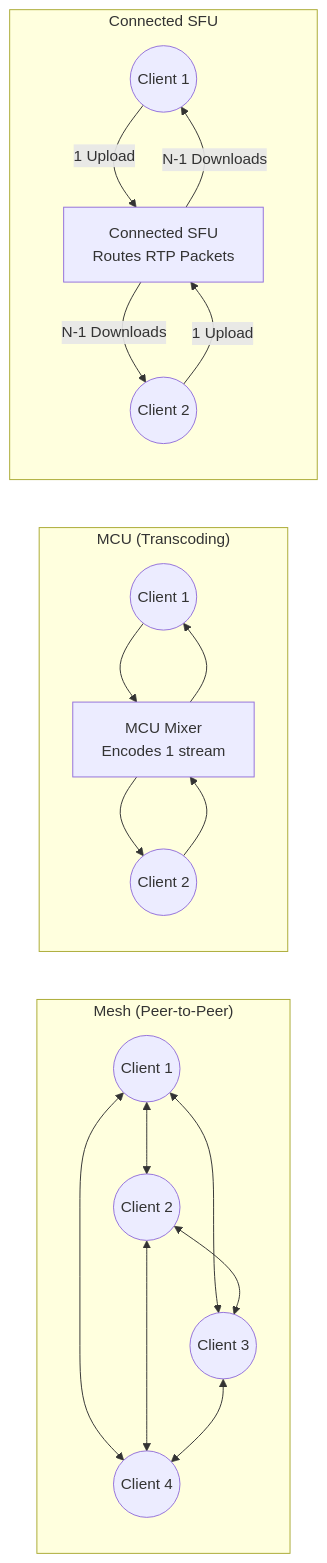
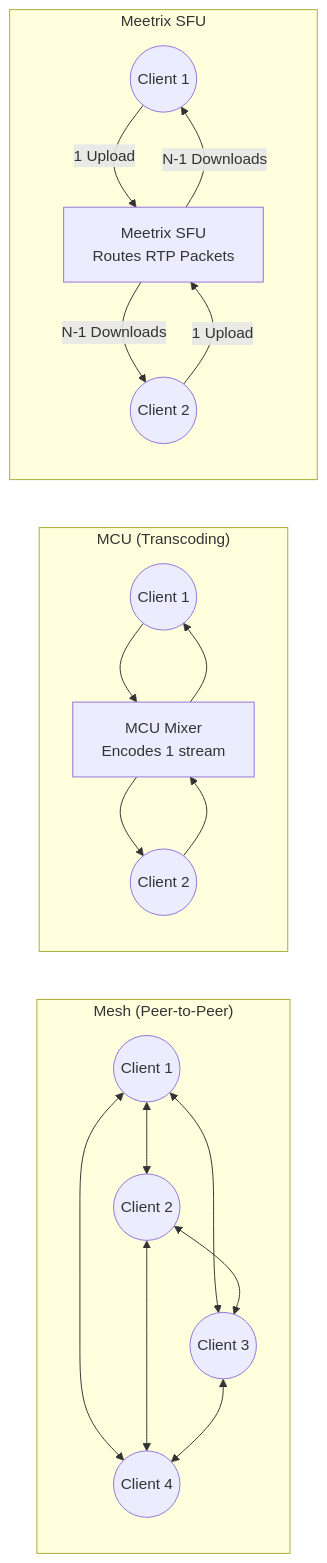
The first of 2 diagrams in docs/guide/introduction.md (IsmaCortGtz/meetrix), drawn with Mermaid before and after one commit. The commit also changed other lines of this file and 97 other files, not shown here.

````diff
--- a/docs/guide/introduction.md
+++ b/docs/guide/introduction.md
@@ -24,28 +24,28 @@
 ```mermaid
 flowchart LR
     subgraph Mesh["Mesh (Peer-to-Peer)"]
         direction TB
         M1((Client 1)) <--> M2((Client 2))
         M1 <--> M3((Client 3))
         M1 <--> M4((Client 4))
         M2 <--> M3
         M2 <--> M4
         M3 <--> M4
     end
 
     subgraph MCU["MCU (Transcoding)"]
         direction TB
         MC1((Client 1)) --> MCUMix[MCU Mixer<br/>Encodes 1 stream]
         MC2((Client 2)) --> MCUMix
         MCUMix --> MC1
         MCUMix --> MC2
     end
 
-    subgraph SFU["Connected SFU"]
+    subgraph SFU["Meetrix SFU"]
         direction TB
-        S1((Client 1)) -->|1 Upload| SFUServer[Connected SFU<br/>Routes RTP Packets]
+        S1((Client 1)) -->|1 Upload| SFUServer[Meetrix SFU<br/>Routes RTP Packets]
         S2((Client 2)) -->|1 Upload| SFUServer
         SFUServer -->|N-1 Downloads| S1
         SFUServer -->|N-1 Downloads| S2
     end
 ```
````
